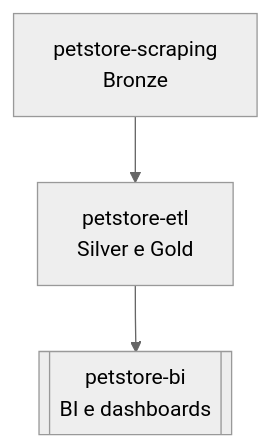
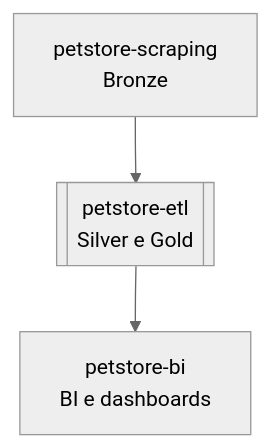
Before and after one commit to rafa-trindade/petstore-etl: the diagram in README.md, drawn with Mermaid (neutral theme).

````diff
--- a/README.md
+++ b/README.md
@@ -29,5 +29,5 @@
 ```mermaid
 graph TD
-    A[petstore-scraping<br>Bronze] --> B[petstore-etl<br>Silver e Gold]
-    B --> C[[petstore-bi<br>BI e dashboards]]
+    A[petstore-scraping<br>Bronze] --> B[[petstore-etl<br>Silver e Gold]]
+    B --> C[petstore-bi<br>BI e dashboards]
 ```
````
